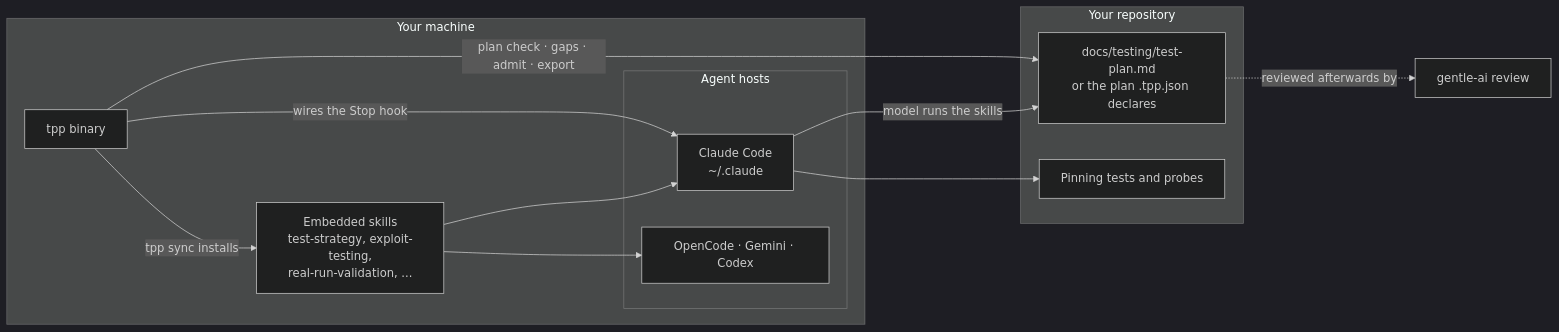
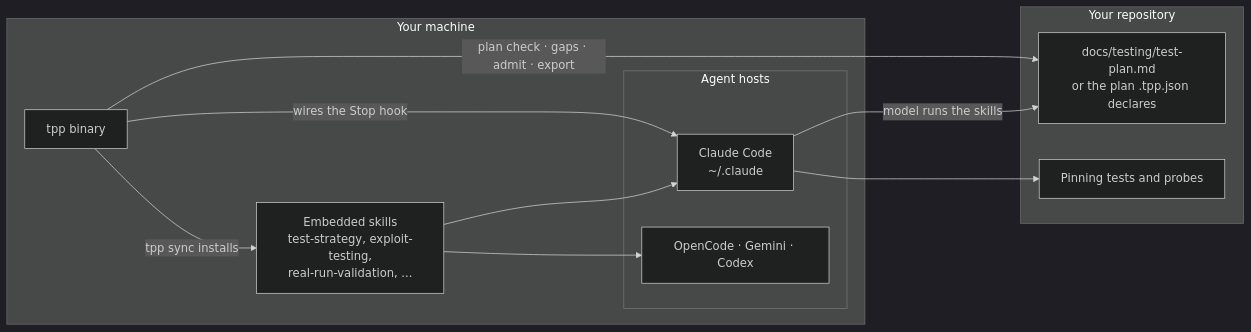
The first of 4 diagrams in README.md (alesierraalta/rdd-plus), drawn with Mermaid (dark theme) before and after one commit. The commit also changed other lines of this file, not shown here.

First line of the commit message:
docs(readme): an install prompt with and without Gentle AI; diagrams show tpp alone

````diff
--- a/README.md
+++ b/README.md
@@ -21,23 +21,22 @@
 ```mermaid
 flowchart LR
     subgraph machine[Your machine]
         tpp[tpp binary]
         subgraph hosts[Agent hosts]
             claude[Claude Code<br/>~/.claude]
             others[OpenCode · Gemini · Codex]
         end
         skills[Embedded skills<br/>test-strategy, exploit-testing,<br/>real-run-validation, ...]
     end
     subgraph repo[Your repository]
         plan[docs/testing/test-plan.md<br/>or the plan .tpp.json declares]
         tests[Pinning tests and probes]
     end
     tpp -- "tpp sync installs" --> skills
     skills --> claude
     skills --> others
     tpp -- "wires the Stop hook" --> claude
     claude -- "model runs the skills" --> plan
     claude --> tests
     tpp -- "plan check · gaps · admit · export" --> plan
-    plan -. "reviewed afterwards by" .-> gentle[gentle-ai review]
 ```
````
